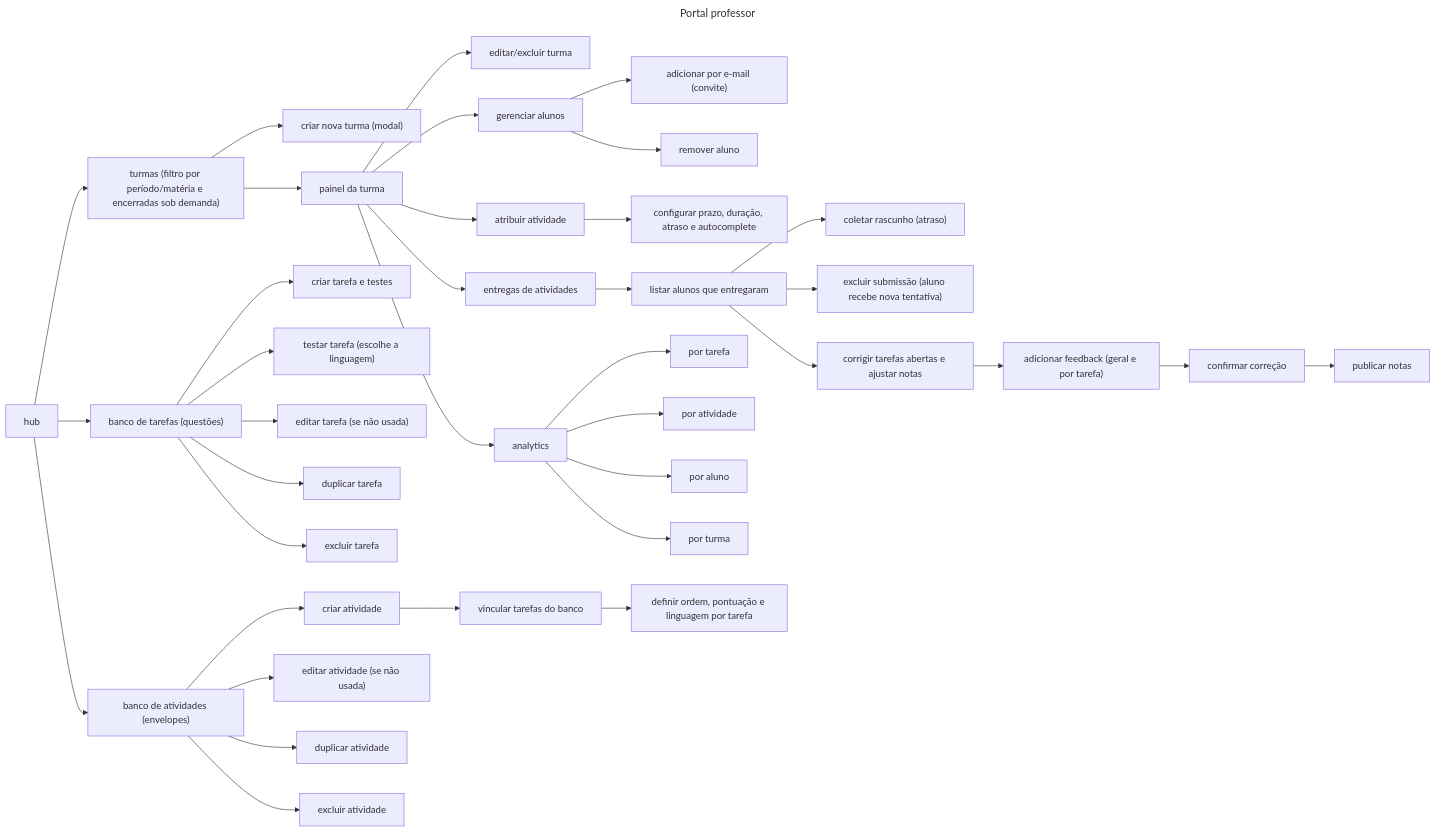
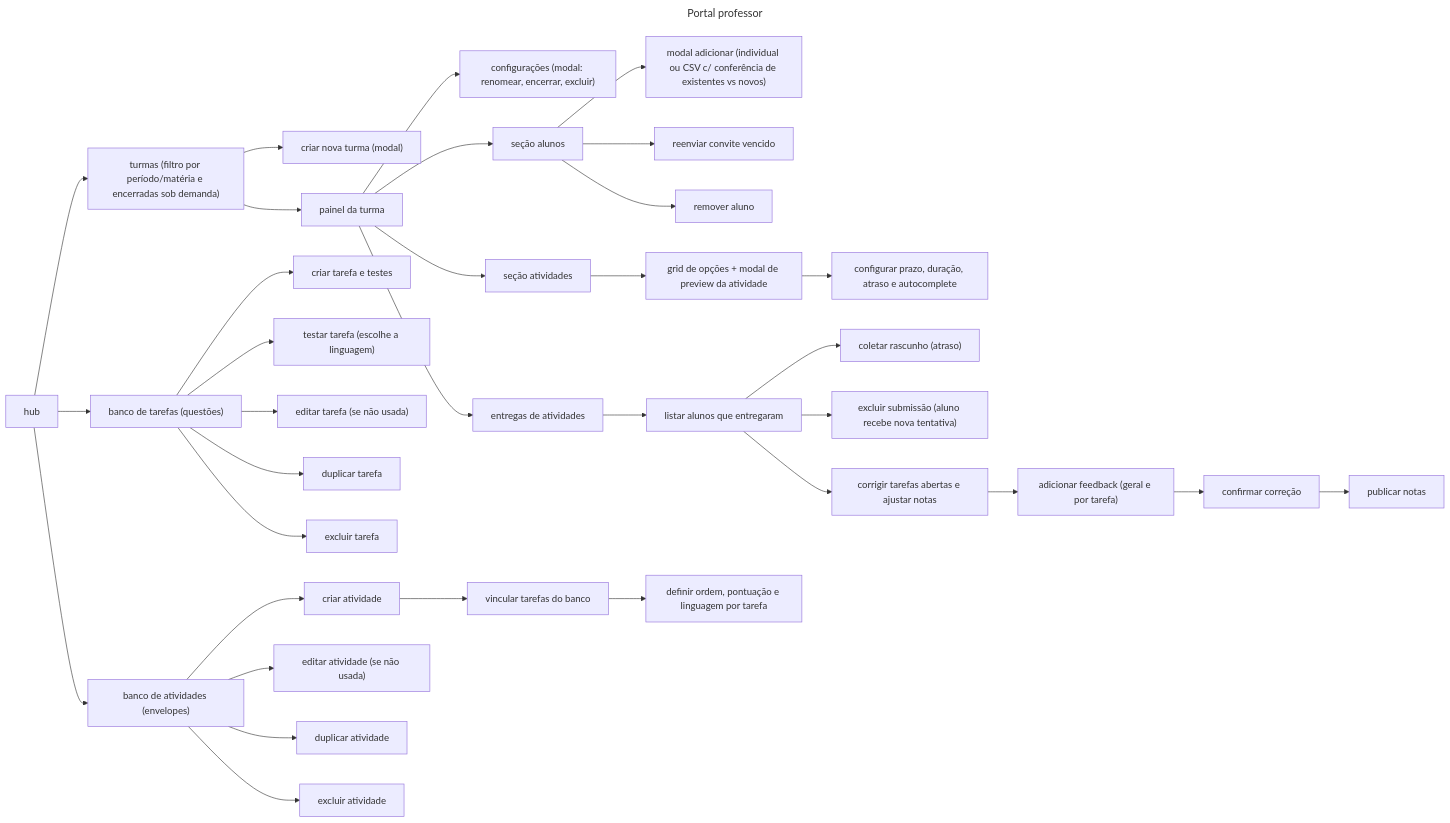
The fourth of 7 diagrams in docs/PROJETO.md (DharioNewbery/Seno), drawn with Mermaid before and after one commit. The commit also changed 1 other file, not shown here.

Commit message:
docs: documentar conferencia de matriculas, reenvio de convite e secoes do painel da turma

````diff
--- a/docs/PROJETO.md
+++ b/docs/PROJETO.md
@@ -333,48 +333,44 @@
 ```mermaid
 ---
 title: Portal professor
 ---
 graph LR
     hub["hub"] --> turmas["turmas (filtro por período/matéria e encerradas sob demanda)"]
     hub --> tarefas["banco de tarefas (questões)"]
     hub --> atividades["banco de atividades (envelopes)"]
 
     turmas --> cturma["criar nova turma (modal)"]
     turmas --> pturma["painel da turma"]
-    pturma --> eturmas["editar/excluir turma"]
+    pturma --> eturmas["configurações (modal: renomear, encerrar, excluir)"]
     
-    pturma --> aaluno["gerenciar alunos"]
-    aaluno --> aemail["adicionar por e-mail (convite)"]
+    pturma --> aaluno["seção alunos"]
+    aaluno --> aemail["modal adicionar (individual ou CSV c/ conferência de existentes vs novos)"]
+    aaluno --> rconvite["reenviar convite vencido"]
     aaluno --> raluno["remover aluno"]
 
-    pturma --> aatividade["atribuir atividade"]
-    aatividade --> cprazo["configurar prazo, duração, atraso e autocomplete"]
+    pturma --> aatividade["seção atividades"]
+    aatividade --> gpreview["grid de opções + modal de preview da atividade"]
+    gpreview --> cprazo["configurar prazo, duração, atraso e autocomplete"]
 
     pturma --> eatividade["entregas de atividades"]
     eatividade --> lrespostas["listar alunos que entregaram"]
     lrespostas --> coletar["coletar rascunho (atraso)"]
     lrespostas --> xsubmissao["excluir submissão (aluno recebe nova tentativa)"]
     lrespostas --> cmanual["corrigir tarefas abertas e ajustar notas"]
     cmanual --> gfeedback["adicionar feedback (geral e por tarefa)"]
     gfeedback --> confirmar["confirmar correção"]
     confirmar --> pnotas["publicar notas"]
-
-    pturma --> analytics["analytics"]
-    analytics --> atarefa["por tarefa"]
-    analytics --> aativ["por atividade"]
-    analytics --> aaluno2["por aluno"]
-    analytics --> aturma["por turma"]
 
     tarefas --> ctarefas["criar tarefa e testes"]
     tarefas --> ttarefa["testar tarefa (escolhe a linguagem)"]
     tarefas --> etarefa["editar tarefa (se não usada)"]
     tarefas --> duptarefa["duplicar tarefa"]
     tarefas --> dtarefa["excluir tarefa"]
 
     atividades --> catividades["criar atividade"]
     catividades --> vtarefas["vincular tarefas do banco"]
     vtarefas --> cpesos["definir ordem, pontuação e linguagem por tarefa"]
     atividades --> eativ["editar atividade (se não usada)"]
     atividades --> dupativ["duplicar atividade"]
     atividades --> dativ["excluir atividade"]
 ```
````
